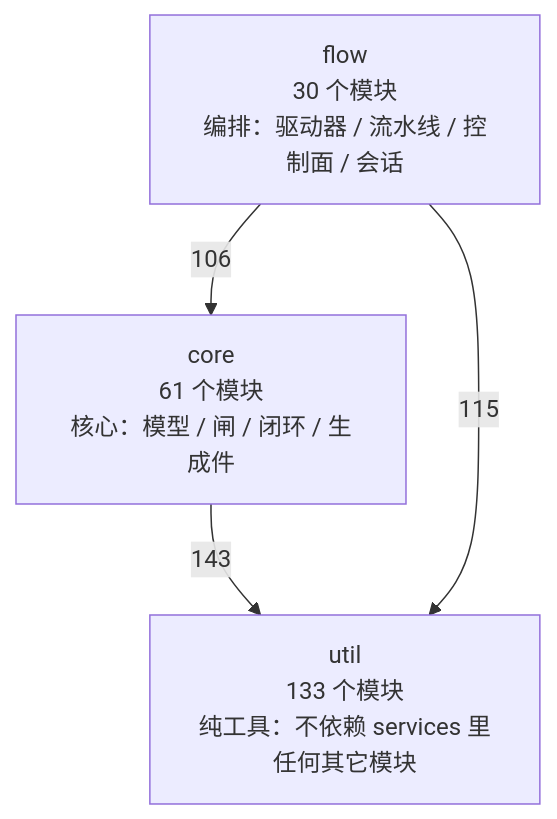
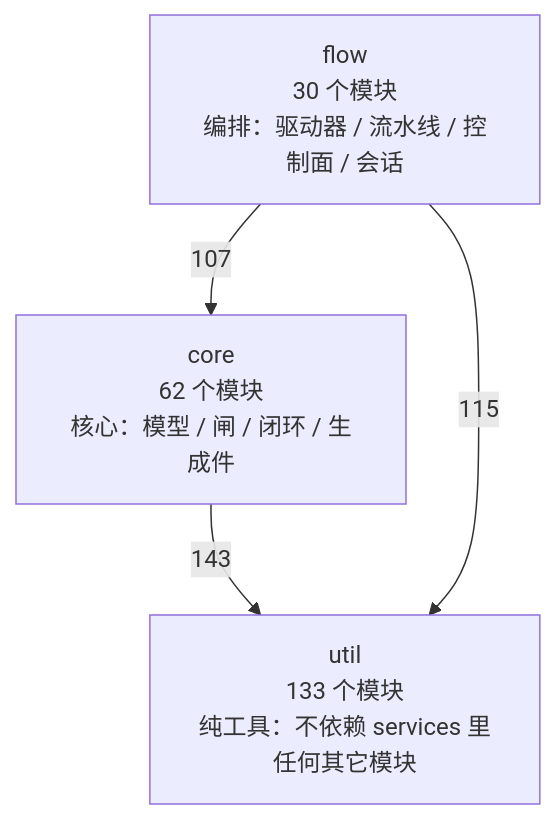
Before and after one commit to 2686521696/WhyBuddy: the first of 4 diagrams in docs/SlideRule V6.2 架构图（自动生成）.md, drawn with Mermaid. The commit also changed other lines of this file and 7 other files, not shown here.

````diff
--- a/docs/SlideRule V6.2 架构图（自动生成）.md
+++ b/docs/SlideRule V6.2 架构图（自动生成）.md
@@ -48,9 +48,9 @@
 ```mermaid
 flowchart TB
   util["util<br/>133 个模块<br/>纯工具：不依赖 services 里任何其它模块"]
-  core["core<br/>61 个模块<br/>核心：模型 / 闸 / 闭环 / 生成件"]
+  core["core<br/>62 个模块<br/>核心：模型 / 闸 / 闭环 / 生成件"]
   flow["flow<br/>30 个模块<br/>编排：驱动器 / 流水线 / 控制面 / 会话"]
   core -->|143| util
-  flow -->|106| core
+  flow -->|107| core
   flow -->|115| util
 ```
````
